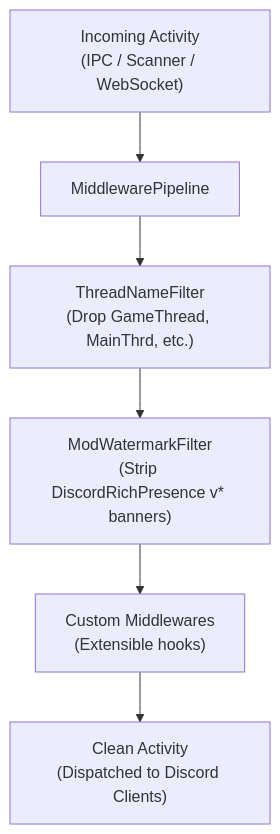
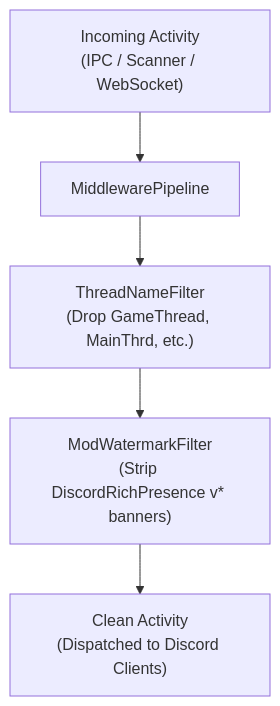
The diagram in openwiki/architecture/middleware.md (Delnegend/rsRPC), drawn with Mermaid before and after one commit. The commit also changed other lines of this file and 3 other files, not shown here.

````diff
--- a/openwiki/architecture/middleware.md
+++ b/openwiki/architecture/middleware.md
@@ -21,8 +21,7 @@
 ```mermaid
 flowchart TD
     ActivityIn["Incoming Activity\n(IPC / Scanner / WebSocket)"] --> Pipeline[MiddlewarePipeline]
     Pipeline --> M1["ThreadNameFilter\n(Drop GameThread, MainThrd, etc.)"]
     M1 --> M2["ModWatermarkFilter\n(Strip DiscordRichPresence v* banners)"]
-    M2 --> M3["Custom Middlewares\n(Extensible hooks)"]
-    M3 --> Out["Clean Activity\n(Dispatched to Discord Clients)"]
+    M2 --> Out["Clean Activity\n(Dispatched to Discord Clients)"]
 ```
````
